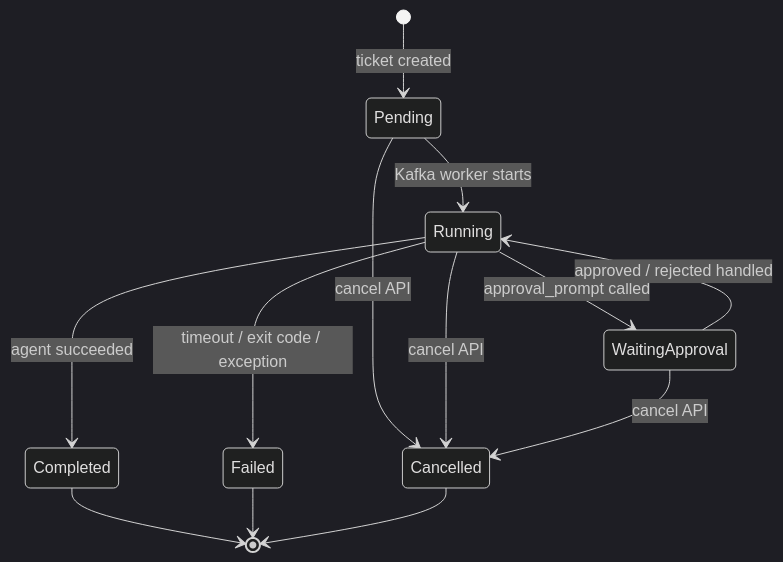
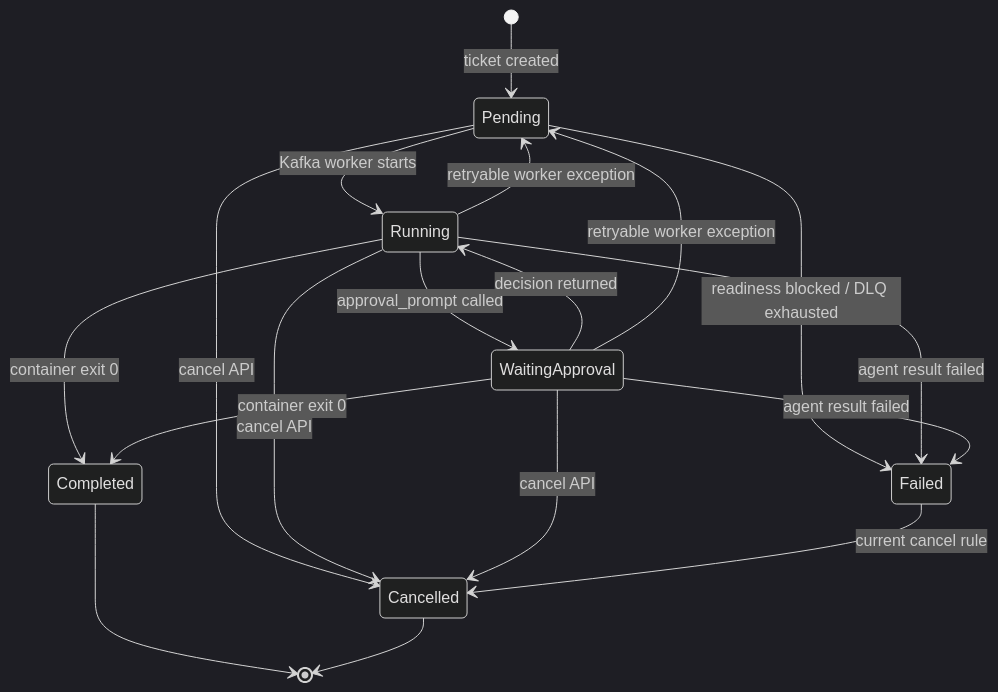
One commit to zzanghyunmoo/ReplaceMe changed the diagram in docs/features/ticket-management.md. Above: the diagram before and after it, drawn with Mermaid (dark theme). The commit also changed other lines of this file and 29 other files, not shown here.

````diff
--- a/docs/features/ticket-management.md
+++ b/docs/features/ticket-management.md
@@ -64,15 +66,20 @@
 ```mermaid
 stateDiagram-v2
     [*] --> Pending: ticket created
     Pending --> Running: Kafka worker starts
+    Pending --> Failed: readiness blocked / DLQ exhausted
     Running --> WaitingApproval: approval_prompt called
-    WaitingApproval --> Running: approved / rejected handled
-    Running --> Completed: agent succeeded
-    Running --> Failed: timeout / exit code / exception
+    WaitingApproval --> Running: decision returned
+    Running --> Pending: retryable worker exception
+    WaitingApproval --> Pending: retryable worker exception
+    Running --> Completed: container exit 0
+    WaitingApproval --> Completed: container exit 0
+    Running --> Failed: agent result failed
+    WaitingApproval --> Failed: agent result failed
     Pending --> Cancelled: cancel API
     Running --> Cancelled: cancel API
     WaitingApproval --> Cancelled: cancel API
+    Failed --> Cancelled: current cancel rule
     Completed --> [*]
-    Failed --> [*]
     Cancelled --> [*]
 ```
````
